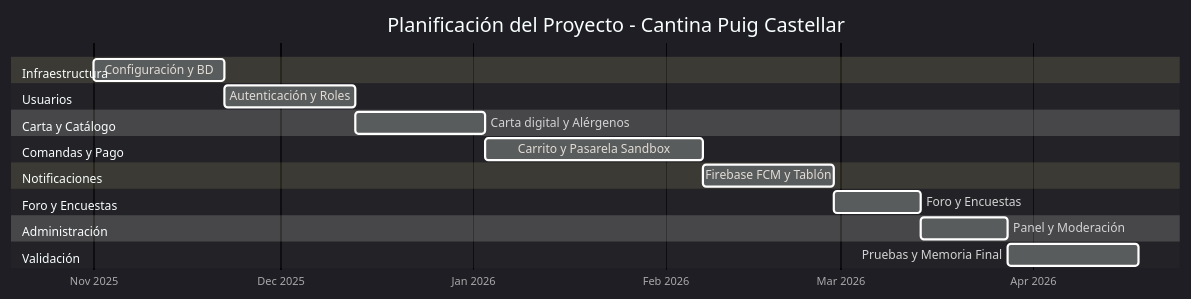
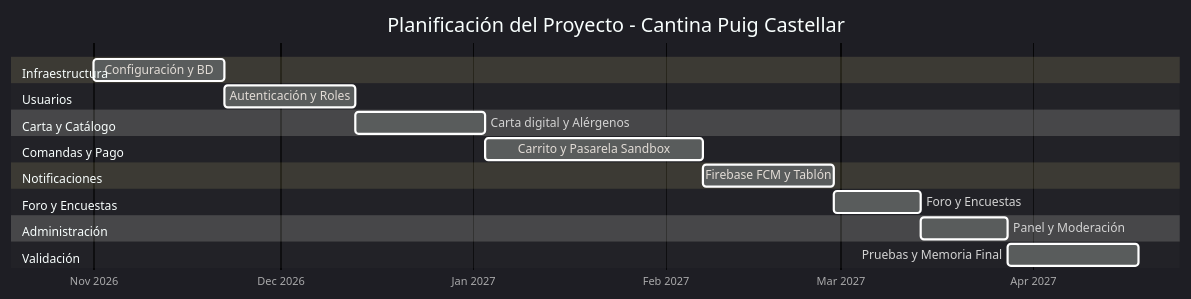
One commit to jmperez321/Cantinapp changed the diagram in docs/gant.mmd. Above: the diagram before and after it, drawn with Mermaid. The commit also changed 5 other files, not shown here.

```diff
--- a/docs/gant.mmd
+++ b/docs/gant.mmd
@@ -1,29 +1,29 @@
 %%{init: {'theme': 'dark'}}%%
 gantt
     title Planificación del Proyecto - Cantina Puig Castellar
     dateFormat  YYYY-MM-DD
     axisFormat  %b %Y
 
     section Infraestructura
-        Configuración y BD            :b1, 2025-11-01, 21d
+        Configuración y BD            :b1, 2026-11-01, 21d
 
     section Usuarios
         Autenticación y Roles         :b2, after b1, 21d
 
     section Carta y Catálogo
         Carta digital y Alérgenos     :b3, after b2, 21d
 
     section Comandas y Pago
         Carrito y Pasarela Sandbox    :b4, after b3, 35d
 
     section Notificaciones
         Firebase FCM y Tablón         :b5, after b4, 21d
 
     section Foro y Encuestas
         Foro y Encuestas              :b6, after b5, 14d
 
     section Administración
         Panel y Moderación            :b7, after b6, 14d
 
     section Validación
         Pruebas y Memoria Final       :b8, after b7, 21d
```
